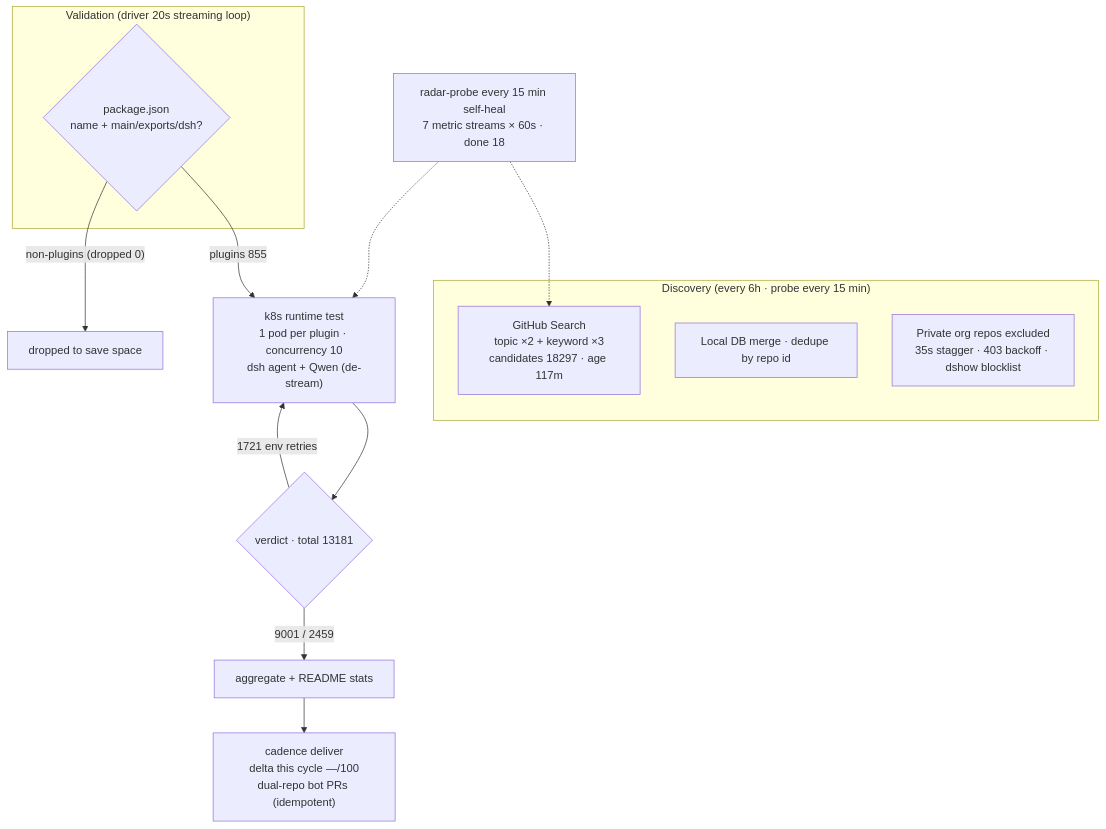
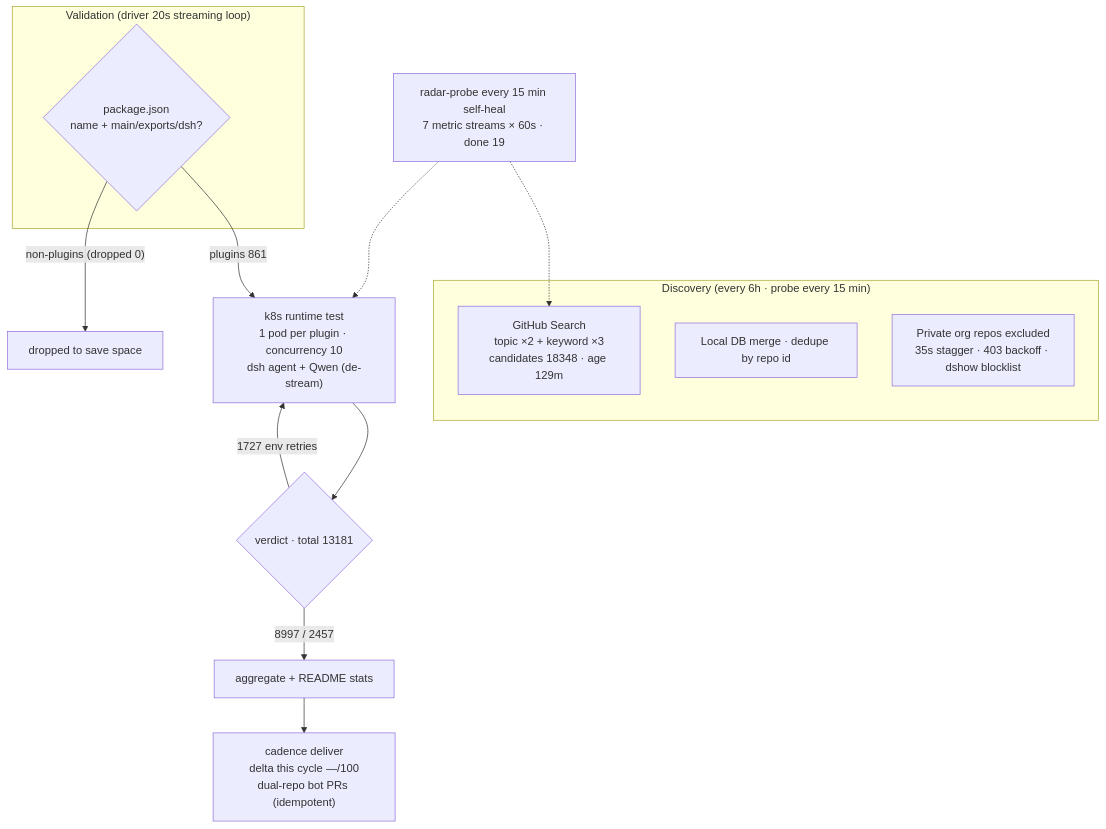
Before and after one commit to Zhidao-Lab-OSS/awesome-dsh-plugins: the diagram in README.en-US.md, drawn with Mermaid. The commit also changed other lines of this file and 1 other file, not shown here.

````diff
--- a/README.en-US.md
+++ b/README.en-US.md
@@ -45,20 +45,20 @@
 ```mermaid
 flowchart TB
     subgraph Discovery["Discovery (every 6h · probe every 15 min)"]
-        A1["GitHub Search<br/>topic ×2 + keyword ×3<br/>candidates 18297 · age 117m"]
+        A1["GitHub Search<br/>topic ×2 + keyword ×3<br/>candidates 18348 · age 129m"]
         A2["Local DB merge · dedupe by repo id"]
         A3["Private org repos excluded<br/>35s stagger · 403 backoff · dshow blocklist"]
     end
     subgraph Validation["Validation (driver 20s streaming loop)"]
         B1{"package.json<br/>name + main/exports/dsh?"}
     end
-    B1 -->|"plugins 855"| C1["k8s runtime test<br/>1 pod per plugin · concurrency 10<br/>dsh agent + Qwen (de-stream)"]
+    B1 -->|"plugins 861"| C1["k8s runtime test<br/>1 pod per plugin · concurrency 10<br/>dsh agent + Qwen (de-stream)"]
     B1 -->|"non-plugins (dropped 0)"| B3["dropped to save space"]
     C1 --> D1{"verdict · total 13181"}
-    D1 -->|"9001 / 2459"| E1["aggregate + README stats"]
-    D1 -->|"1721 env retries"| C1
+    D1 -->|"8997 / 2457"| E1["aggregate + README stats"]
+    D1 -->|"1727 env retries"| C1
     E1 --> E2["cadence deliver<br/>delta this cycle —/100<br/>dual-repo bot PRs (idempotent)"]
-    M["radar-probe every 15 min self-heal<br/>7 metric streams × 60s · done 18"]
+    M["radar-probe every 15 min self-heal<br/>7 metric streams × 60s · done 19"]
     M -.-> A1
     M -.-> C1
 ```
````
